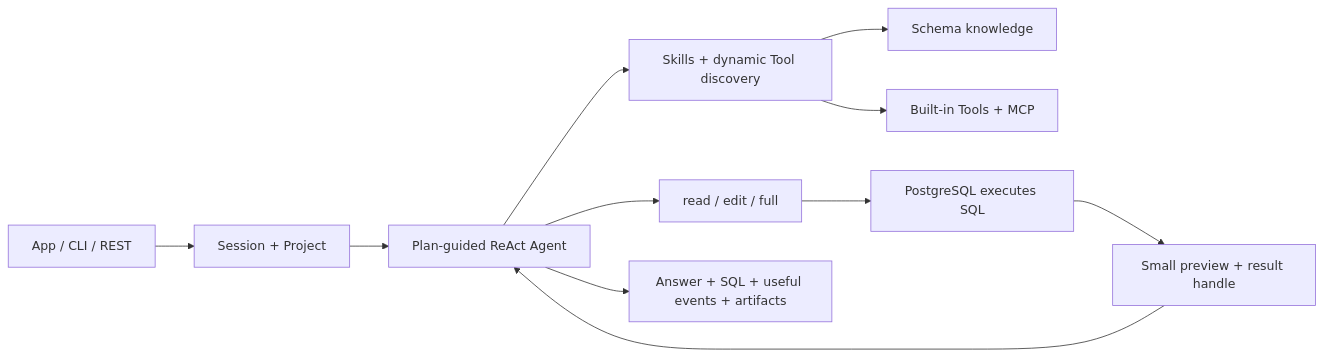
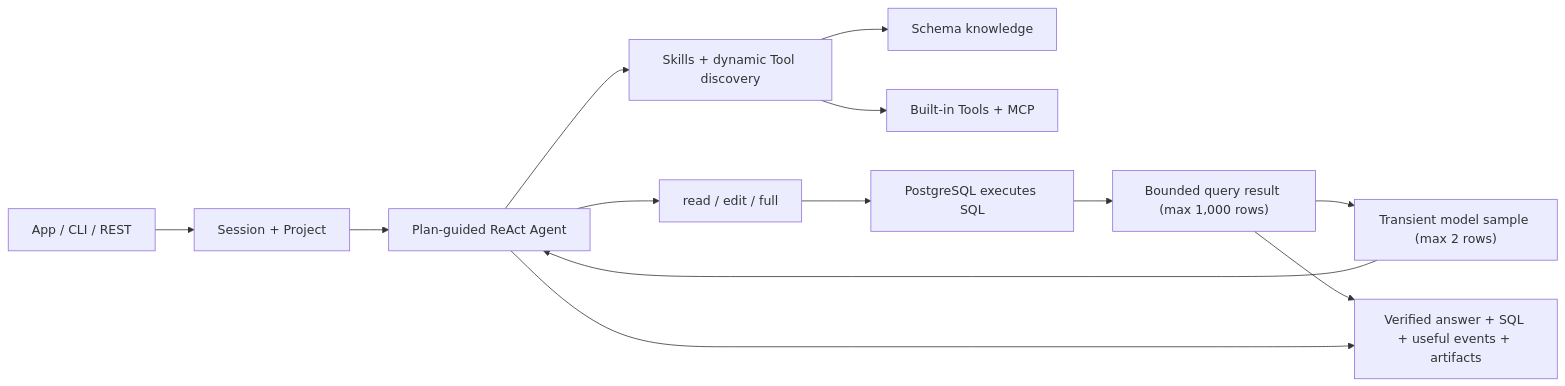
One commit to SylvanasW1ndrunner/Nexus changed the diagram in README.md. Above: the diagram before and after it, drawn with Mermaid. The commit also changed other lines of this file and 76 other files, not shown here.

````diff
--- a/README.md
+++ b/README.md
@@ -43,13 +43,15 @@
 ```mermaid
 flowchart LR
     User["App / CLI / REST"] --> Session["Session + Project"]
     Session --> Agent["Plan-guided ReAct Agent"]
     Agent --> Discover["Skills + dynamic Tool discovery"]
     Discover --> Knowledge["Schema knowledge"]
     Discover --> Extensions["Built-in Tools + MCP"]
     Agent --> Policy["read / edit / full"]
     Policy --> PostgreSQL["PostgreSQL executes SQL"]
-    PostgreSQL --> Preview["Small preview + result handle"]
+    PostgreSQL --> Results["Bounded query result (max 1,000 rows)"]
+    Results --> Preview["Transient model sample (max 2 rows)"]
     Preview --> Agent
-    Agent --> Output["Answer + SQL + useful events + artifacts"]
+    Results --> Output["Separate result payload"]
+    Agent --> Output["Verified answer + SQL + useful events + artifacts"]
 ```
````
